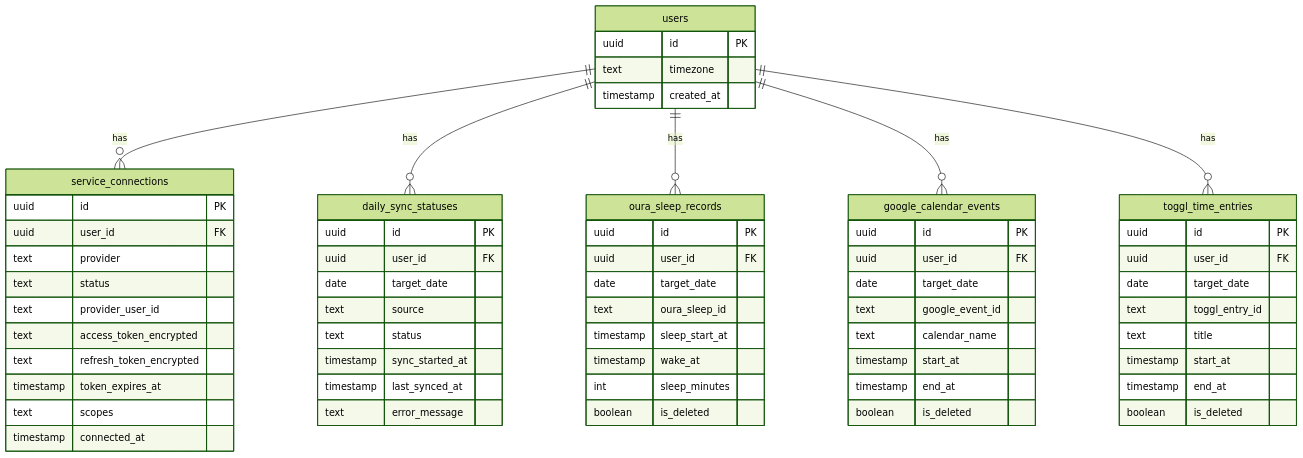
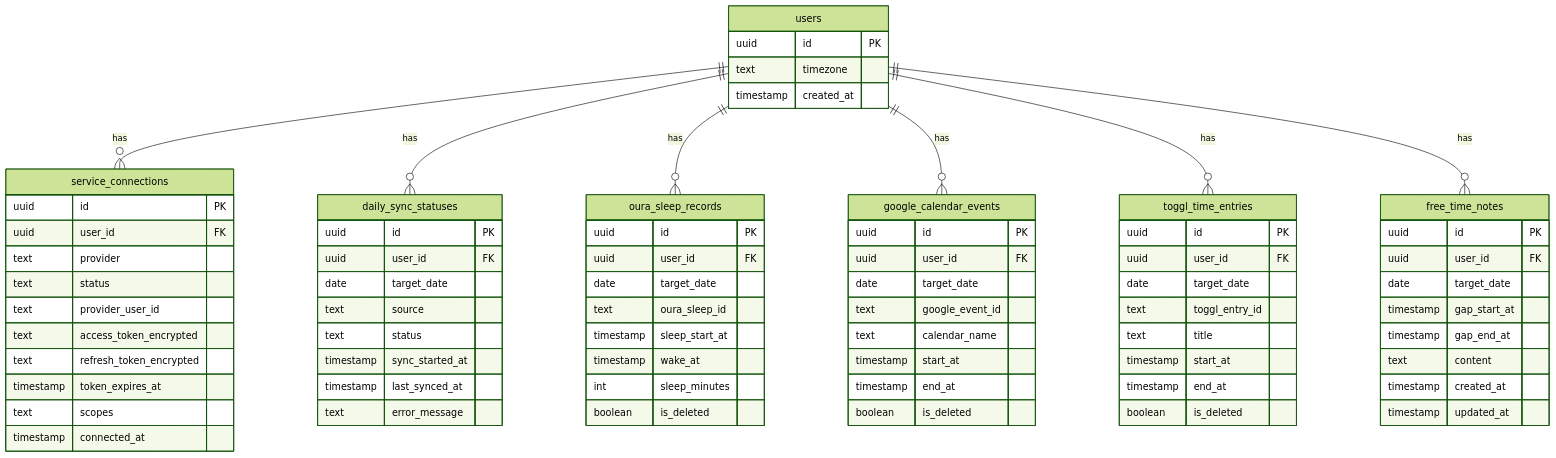
The sixth of 7 diagrams in docs/SPEC.md (fujisakiwahei/todaysme), drawn with Mermaid (forest theme) before and after one commit. The commit also changed other lines of this file and 18 other files, not shown here.

Commit message:
feat: add free-time notes

````diff
--- a/docs/SPEC.md
+++ b/docs/SPEC.md
@@ -398,6 +400,7 @@
   users ||--o{ oura_sleep_records : has
   users ||--o{ google_calendar_events : has
   users ||--o{ toggl_time_entries : has
+  users ||--o{ free_time_notes : has
 
   users {
     uuid id PK
@@ -461,4 +464,15 @@
     timestamp end_at
     boolean is_deleted
   }
+
+  free_time_notes {
+    uuid id PK
+    uuid user_id FK
+    date target_date
+    timestamp gap_start_at
+    timestamp gap_end_at
+    text content
+    timestamp created_at
+    timestamp updated_at
+  }
 ```
````
